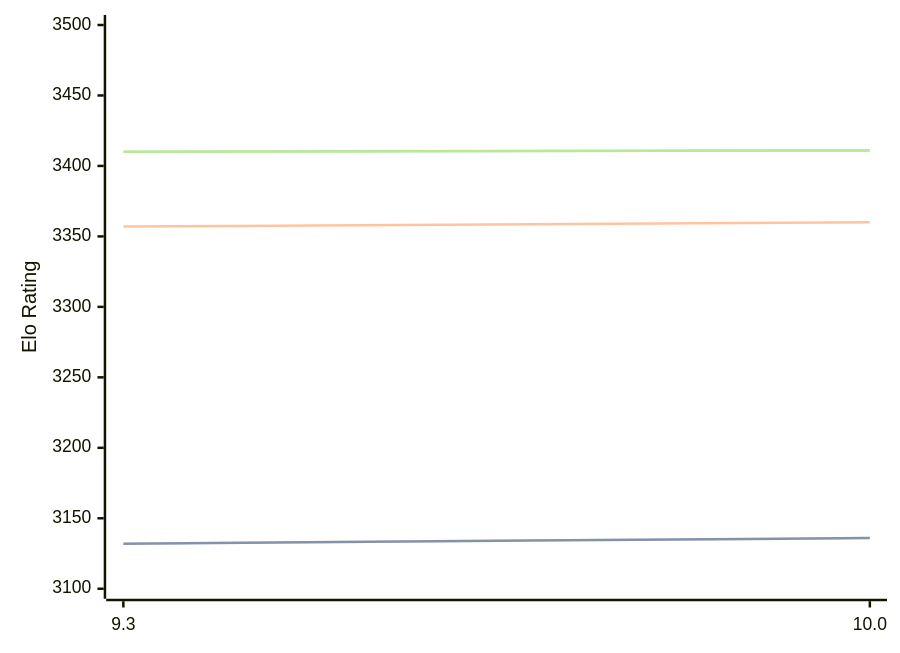
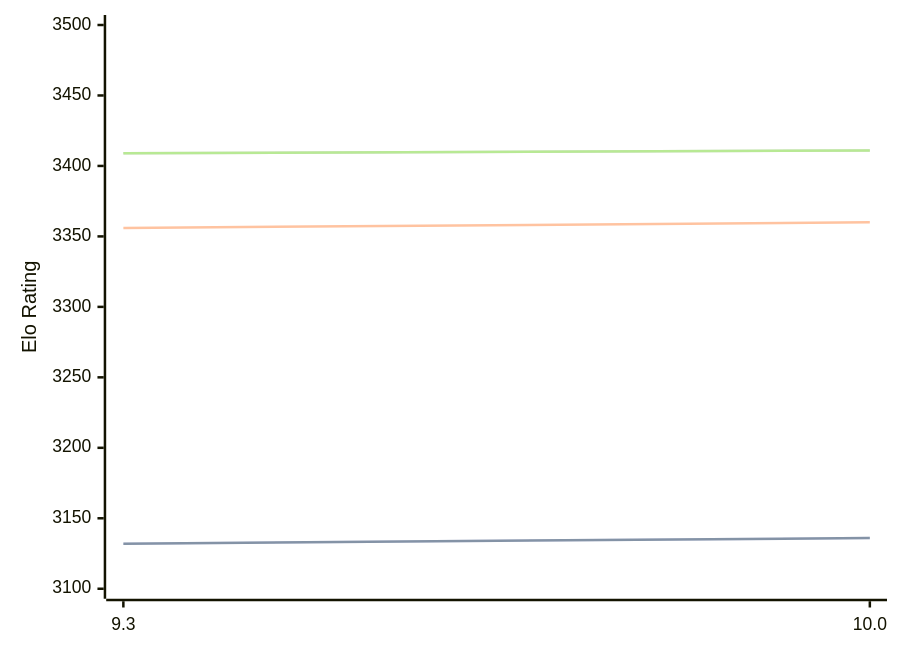
One commit to computer-chess-index/cci changed the diagram in engines/Fire.md. Above: the diagram before and after it, drawn with Mermaid. The commit also changed other lines of this file, not shown here.

Commit message:
Update CCI Ratings (ELO VLTC) - 2026-06-12

````diff
--- a/engines/Fire.md
+++ b/engines/Fire.md
@@ -47,11 +47,11 @@
 ```mermaid
 %%{init: {"theme":"base","themeVariables":{"seriesColors:['#a3a3a3','#222221','#faa371']}}}%%
 xychart-beta
   x-axis ["9.3", "10.0"]
   y-axis "Elo Rating" 3100 --> 3500
   line "STC (8.0+0.08s)" [3132, 3136]
   line "STC (8.0+0.08s)" [3132, 3136]
-  line "LTC (60.0+0.60s)" [3357, 3360]
-  line "VLTC (2m24s+1.12s)" [3410, 3411]
-  line "VLTC (2m24s+1.12s)" [3410, 3411]
+  line "LTC (60.0+0.60s)" [3356, 3360]
+  line "VLTC (2m24s+1.12s)" [3409, 3411]
+  line "VLTC (2m24s+1.12s)" [3409, 3411]
 ```
````
